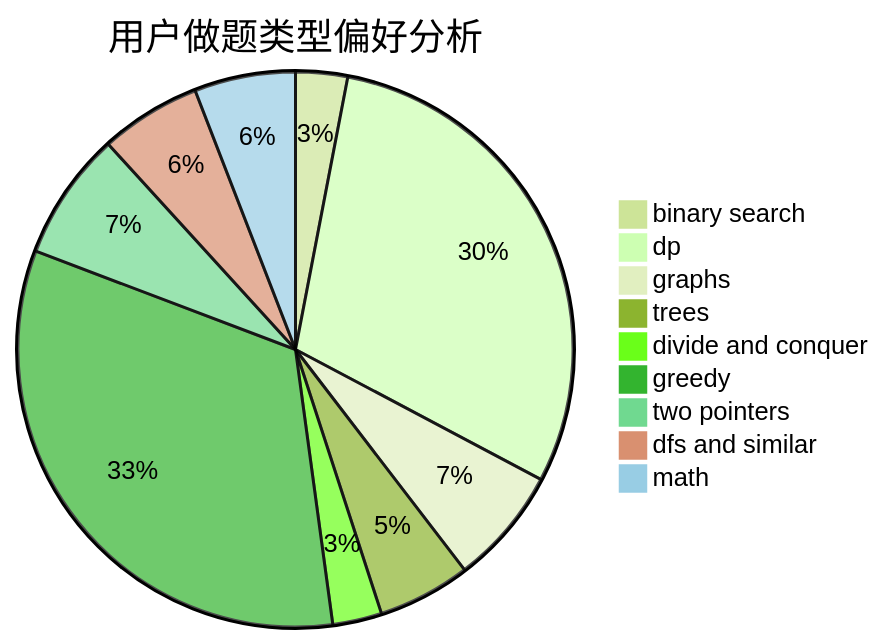
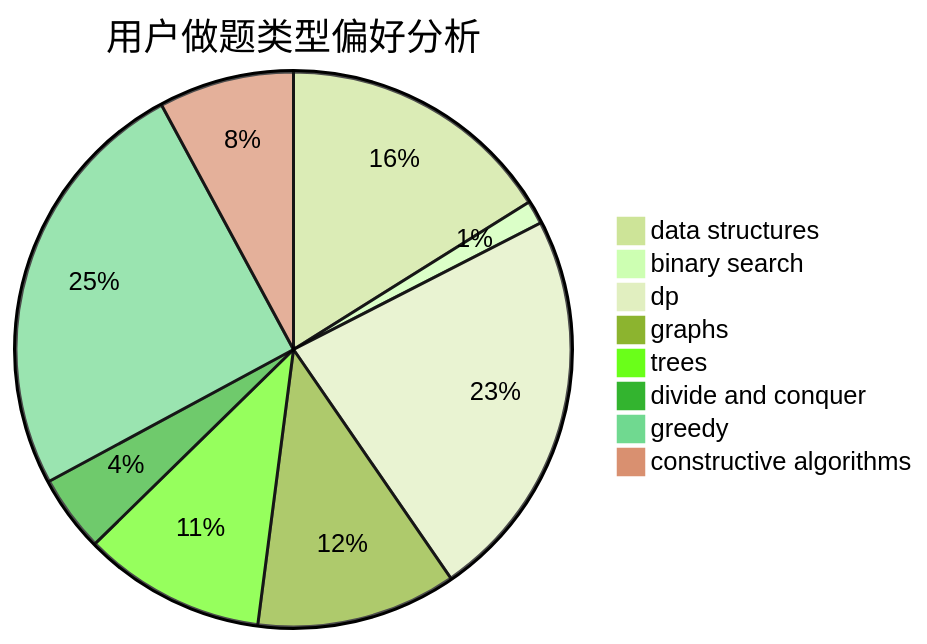
The second of 3 diagrams in docs/user/u1331.md (sherpahu/cfrs.github.io), drawn with Mermaid (forest theme) before and after one commit. The commit also changed other lines of this file and 2775 other files, not shown here.

````diff
--- a/docs/user/u1331.md
+++ b/docs/user/u1331.md
@@ -23,12 +23,11 @@
 ```mermaid
 pie title 用户做题类型偏好分析
-    "binary search" :  19
-    "dp" :  187
-    "graphs" :  43
-    "trees" :  34
-    "divide and conquer" :  18
-    "greedy" :  207
-    "two pointers" :  47
-    "dfs and similar" :  37
-    "math" :  37
+    "data structures" :  47
+    "binary search" :  4
+    "dp" :  67
+    "graphs" :  34
+    "trees" :  31
+    "divide and conquer" :  13
+    "greedy" :  73
+    "constructive algorithms" :  23
 ```
````
